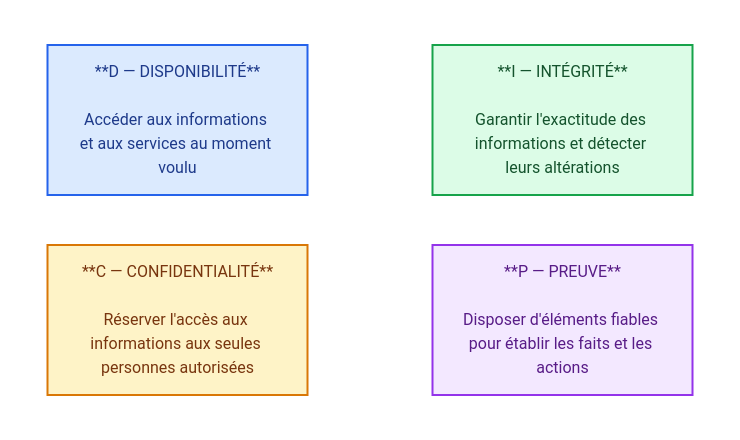
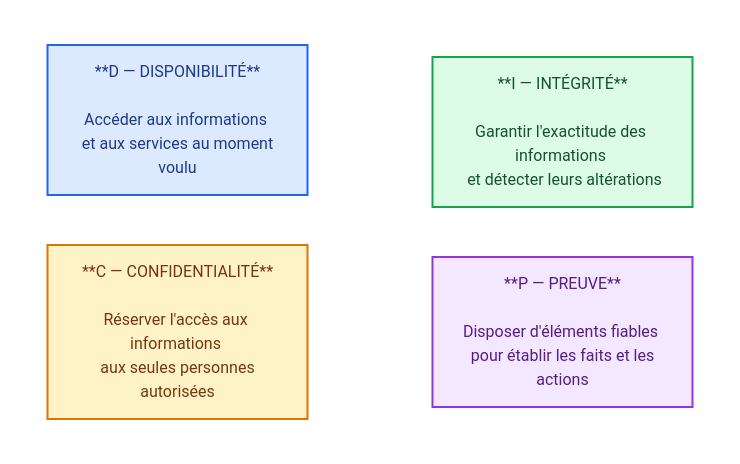
The first of 6 diagrams in docs/03-cybersecurite/00-cybersecurite.md (lmeryFulbert/SportLudique2026-2027), drawn with Mermaid (base theme) before and after one commit. The commit also changed other lines of this file and 6 other files, not shown here.

````diff
--- a/docs/03-cybersecurite/00-cybersecurite.md
+++ b/docs/03-cybersecurite/00-cybersecurite.md
@@ -19,23 +19,23 @@
 ```mermaid
 flowchart TB
 
     subgraph L2[" "]
         direction RL
-        I["**I — INTÉGRITÉ**<br/><br/>Garantir l'exactitude des informations et détecter leurs altérations"]
-        P["**P — PREUVE**<br/><br/>Disposer d'éléments fiables pour établir les faits et les actions"]
+        I["**I — INTÉGRITÉ**<br/><br/>Garantir l'exactitude des informations <br/> et détecter leurs altérations"]
+        P["**P — PREUVE**<br/><br/>Disposer d'éléments fiables <br/> pour établir les faits et les actions"]
     end
 
     subgraph L1[" "]
         direction RL
-        D["**D — DISPONIBILITÉ**<br/><br/>Accéder aux informations et aux services au moment voulu"]
-        C["**C — CONFIDENTIALITÉ**<br/><br/>Réserver l'accès aux informations aux seules personnes autorisées"]
+        D["**D — DISPONIBILITÉ**<br/><br/>Accéder aux informations <br/> et aux services au moment voulu"]
+        C["**C — CONFIDENTIALITÉ**<br/><br/>Réserver l'accès aux informations <br/> aux seules personnes autorisées"]
     end
 
     style L1 fill:none,stroke:none
     style L2 fill:none,stroke:none
 
     style D fill:#dbeafe,stroke:#2563eb,color:#1e3a8a,stroke-width:2px
     style I fill:#dcfce7,stroke:#16a34a,color:#14532d,stroke-width:2px
     style C fill:#fef3c7,stroke:#d97706,color:#78350f,stroke-width:2px
     style P fill:#f3e8ff,stroke:#9333ea,color:#581c87,stroke-width:2px
 ```
````
